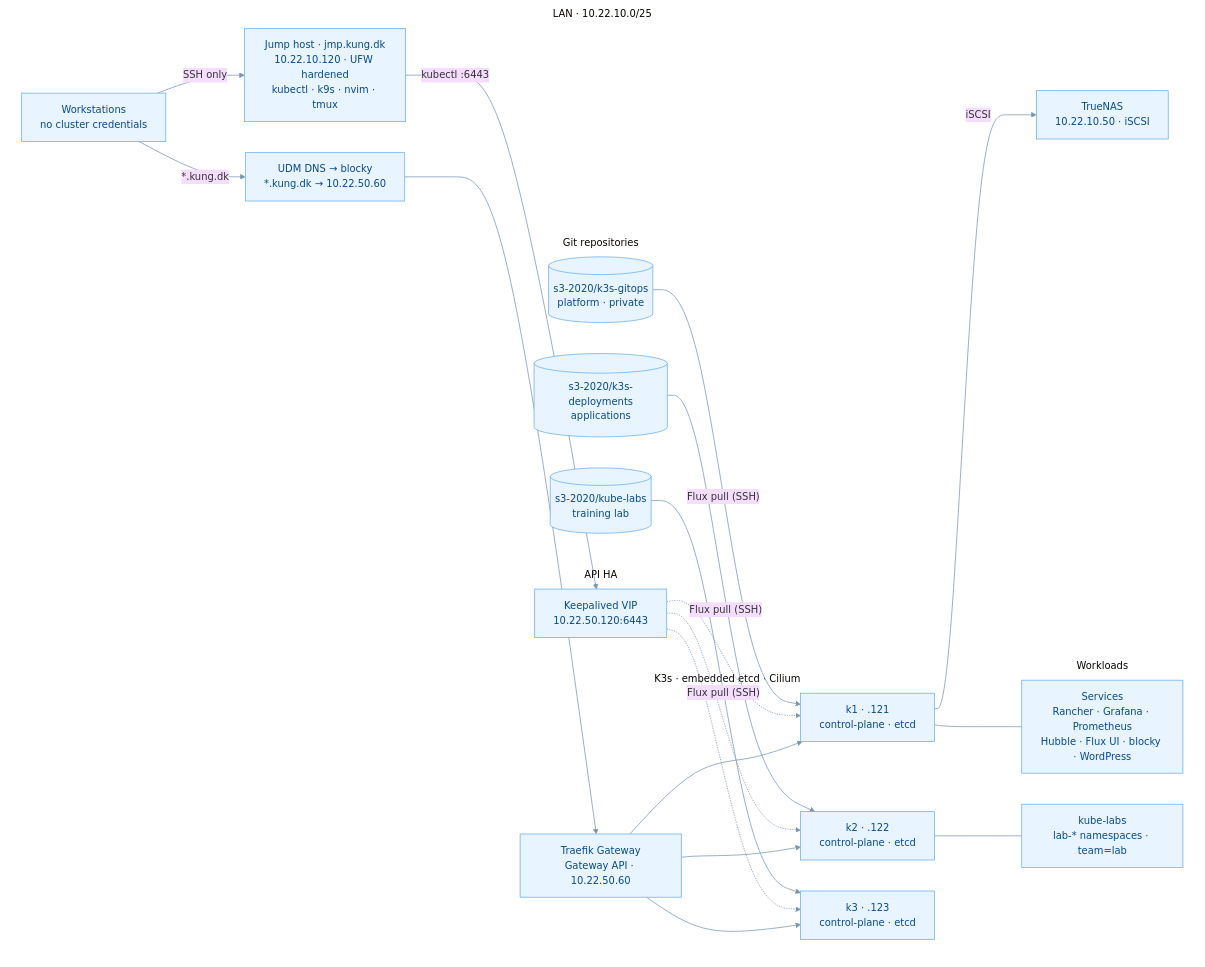
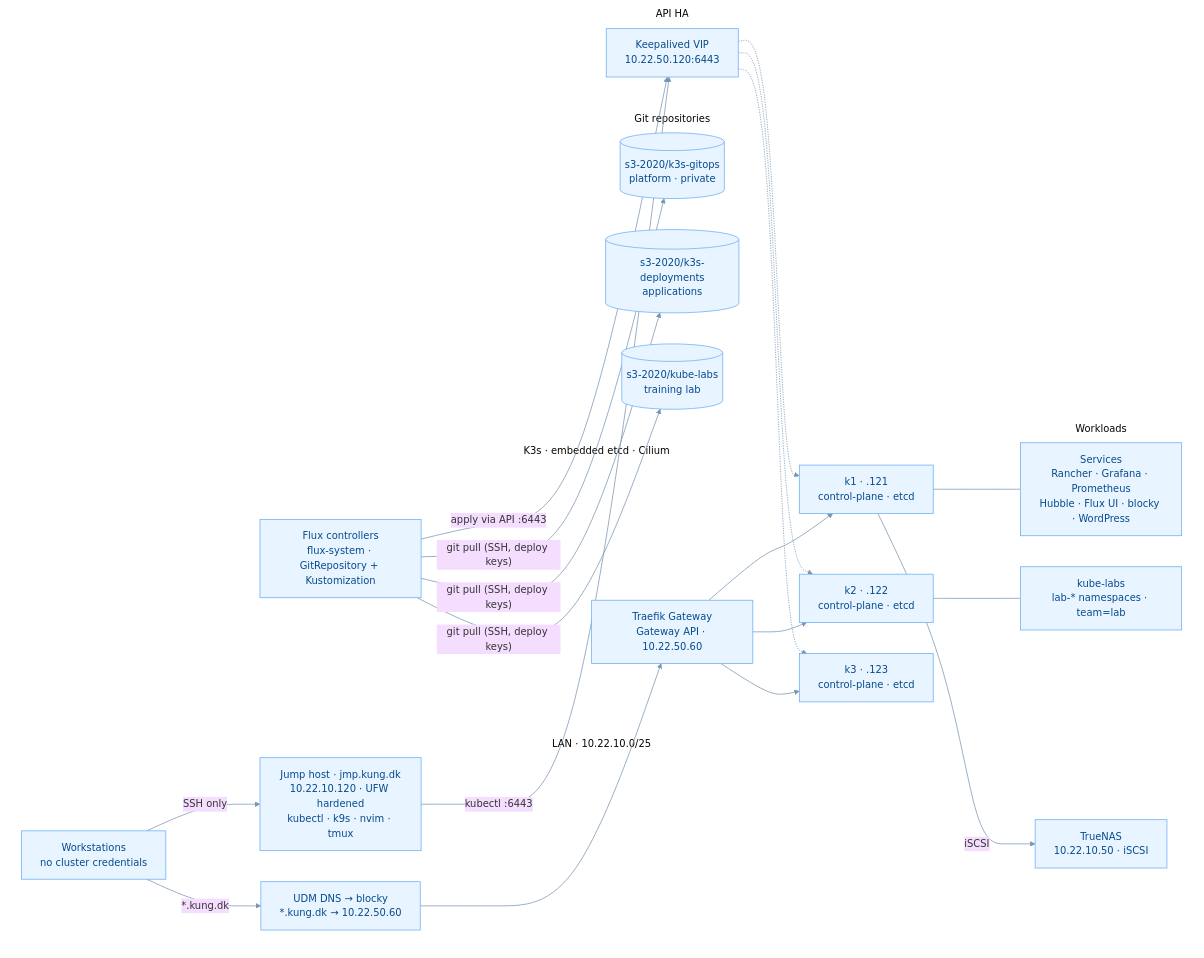
The diagram in README.md (s3-2020/homelab), drawn with Mermaid (base theme) before and after one commit. The commit also changed other lines of this file, not shown here.

Commit message:
Fix GitOps flow: Flux is ONE in-cluster controller pulling all repos and reconciling via API VIP — not per-node pulls

````diff
--- a/README.md
+++ b/README.md
@@ -17,80 +17,82 @@
 ```mermaid
 flowchart LR
 
     %% CLIENTS AND DNS
     subgraph LAN["LAN · 10.22.10.0/25"]
         CL["Workstations<br/>no cluster credentials"]
         JMP["Jump host · jmp.kung.dk<br/>10.22.10.120 · UFW hardened<br/>kubectl · k9s · nvim · tmux"]
         DNSV["UDM DNS → blocky<br/>*.kung.dk → 10.22.50.60"]
         NAS["TrueNAS<br/>10.22.10.50 · iSCSI"]
     end
 
     %% GITOPS SOURCE
     subgraph REPOS["Git repositories"]
         GH1[("s3-2020/k3s-gitops<br/>platform · private")]
         GH2[("s3-2020/k3s-deployments<br/>applications")]
         GH3[("s3-2020/kube-labs<br/>training lab")]
     end
 
     %% API HA
     subgraph API["API HA"]
         VIP["Keepalived VIP<br/>10.22.50.120:6443"]
     end
 
     %% CLUSTER
     subgraph KC["K3s · embedded etcd · Cilium"]
+        FLX["Flux controllers<br/>flux-system · GitRepository + Kustomization"]
         K1["k1 · .121<br/>control-plane · etcd"]
         K2["k2 · .122<br/>control-plane · etcd"]
         K3["k3 · .123<br/>control-plane · etcd"]
         TRV["Traefik Gateway<br/>Gateway API · 10.22.50.60"]
     end
 
     %% WORKLOADS
     subgraph WL["Workloads"]
         SVC["Services<br/>Rancher · Grafana · Prometheus<br/>Hubble · Flux UI · blocky · WordPress"]
         LAB["kube-labs<br/>lab-* namespaces · team=lab"]
     end
 
     %% CLIENT PATH
     CL -->|"SSH only"| JMP
     JMP -->|"kubectl :6443"| VIP
     CL -->|"*.kung.dk"| DNSV
     DNSV --> TRV
 
-    %% GITOPS PATH
-    GH1 -->|"Flux pull (SSH)"| K1
-    GH2 -->|"Flux pull (SSH)"| K2
-    GH3 -->|"Flux pull (SSH)"| K3
+    %% GITOPS PATH — Flux (single controller in-cluster) pulls all repos,
+    %% reconciles through the API VIP. Not per-node pulls.
+    FLX -->|"git pull (SSH, deploy keys)"| GH1
+    FLX -->|"git pull (SSH, deploy keys)"| GH2
+    FLX -->|"git pull (SSH, deploy keys)"| GH3
+    FLX -->|"apply via API :6443"| VIP
 
     %% API FAILOVER
     VIP -.-> K1
     VIP -.-> K2
     VIP -.-> K3
 
     %% INGRESS TO NODES
     TRV --> K1
     TRV --> K2
     TRV --> K3
 
     %% STORAGE
     K1 -->|"iSCSI"| NAS
 
     %% WORKLOAD MAPPING
     K1 ~~~ SVC
     K2 ~~~ LAB
 
     %% STYLING
     classDef box fill:#e8f4ff,stroke:#68aef5,color:#064b8e,stroke-width:1.2px
     classDef repo fill:#e8f4ff,stroke:#68aef5,color:#064b8e,stroke-width:1.2px
 
-    class CL,DNSV,NAS,VIP,K1,K2,K3,TRV,SVC,LAB,JMP box
+    class CL,DNSV,NAS,VIP,K1,K2,K3,TRV,SVC,LAB,JMP,FLX box
     class GH1,GH2,GH3 repo
 
     style LAN fill:transparent,stroke:transparent
     style REPOS fill:transparent,stroke:transparent
     style API fill:transparent,stroke:transparent
     style KC fill:transparent,stroke:transparent
     style WL fill:transparent,stroke:transparent
-
     linkStyle default stroke:#7895b1,stroke-width:1.2px
 ```
````
